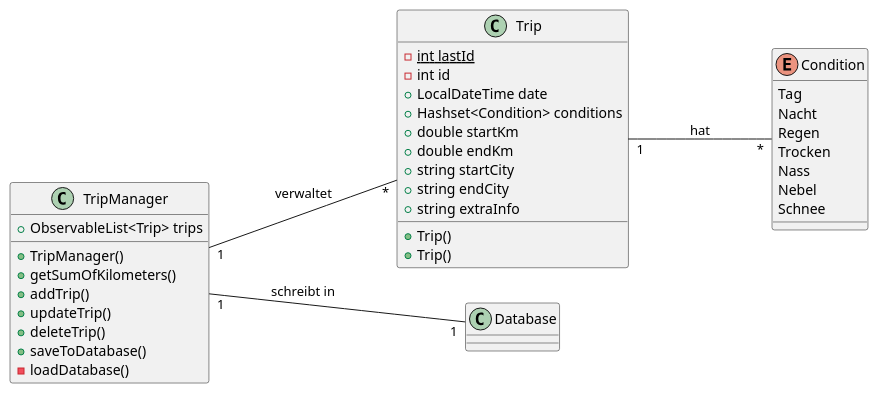
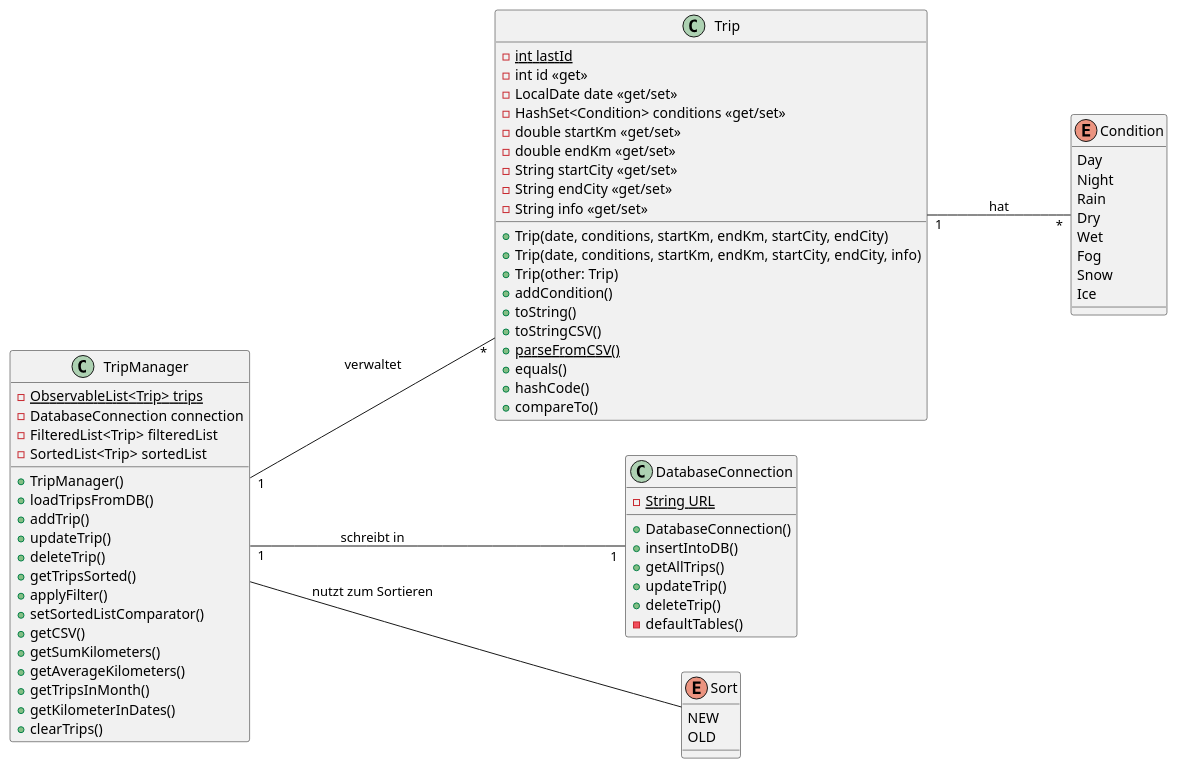
The diagram in asciidocs/docs/structure.adoc (JBrunnerhtl/Driving_Tracker_Java_Docs), drawn with PlantUML before and after one commit. The commit also changed 5 other files, not shown here.

Commit message:
update diagrammns and added new ones

```diff
--- a/asciidocs/docs/structure.adoc
+++ b/asciidocs/docs/structure.adoc
@@ -20,48 +20,86 @@
 ----
 @startuml
 left to right direction
+
 class Trip {
     {static}-int lastId
-    -int id
-    +LocalDateTime date
-    +Hashset<Condition> conditions
-    +double startKm
-    +double endKm
-    +string startCity
-    +string endCity
-    +string extraInfo
+    -int id <<get>>
+    -LocalDate date <<get/set>>
+    -HashSet<Condition> conditions <<get/set>>
+    -double startKm <<get/set>>
+    -double endKm <<get/set>>
+    -String startCity <<get/set>>
+    -String endCity <<get/set>>
+    -String info <<get/set>>
 
-    +Trip()
-    +Trip()
+    +Trip(date, conditions, startKm, endKm, startCity, endCity)
+    +Trip(date, conditions, startKm, endKm, startCity, endCity, info)
+    +Trip(other: Trip)
+    +addCondition()
+    +toString()
+    +toStringCSV()
+    +{static}parseFromCSV()
+    +equals()
+    +hashCode()
+    +compareTo()
 }
 
 class TripManager {
-    +ObservableList<Trip> trips
+    {static}-ObservableList<Trip> trips
+    -DatabaseConnection connection
+    -FilteredList<Trip> filteredList
+    -SortedList<Trip> sortedList
 
     +TripManager()
-    +getSumOfKilometers()
+    +loadTripsFromDB()
     +addTrip()
     +updateTrip()
     +deleteTrip()
-    +saveToDatabase()
-    -loadDatabase()
+    +getTripsSorted()
+    +applyFilter()
+    +setSortedListComparator()
+    +getCSV()
+    +getSumKilometers()
+    +getAverageKilometers()
+    +getTripsInMonth()
+    +getKilometerInDates()
+    +clearTrips()
 }
 
-class Database {
+class DatabaseConnection {
+    {static}-String URL
+
+    +DatabaseConnection()
+    +insertIntoDB()
+    +getAllTrips()
+    +updateTrip()
+    +deleteTrip()
+    -defaultTables()
 }
 
 enum Condition {
-    Tag
-    Nacht
-    Regen
-    Trocken
-    Nass
-    Nebel
-    Schnee
+    Day
+    Night
+    Rain
+    Dry
+    Wet
+    Fog
+    Snow
+    Ice
 }
 
-Trip "1" --- "*" Condition :hat
+
+
+enum Sort {
+    NEW
+    OLD
+}
+
+Trip "1" --- "*" Condition : hat
 TripManager "1" --- "*" Trip : verwaltet
-TripManager "1" --- "1" Database : schreibt in
+TripManager "1" --- "1" DatabaseConnection : schreibt in
+TripManager --- Sort : nutzt zum Sortieren
+
 @enduml
+
 ----
```
